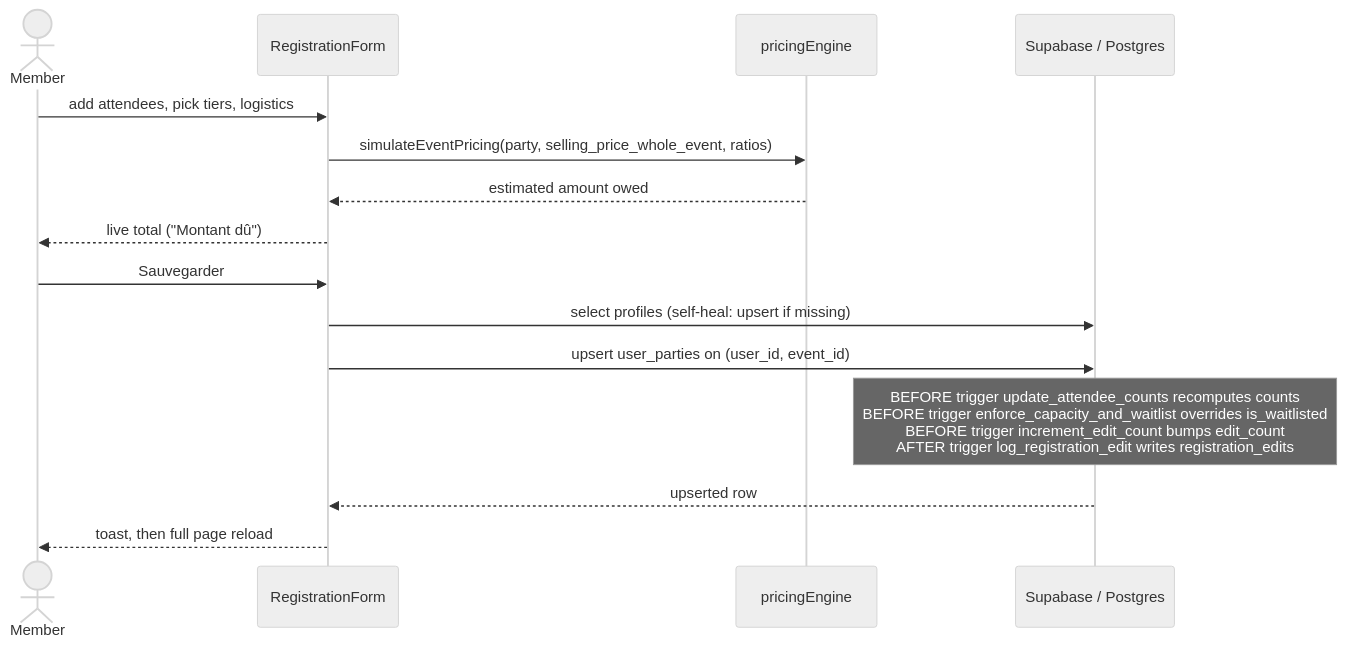
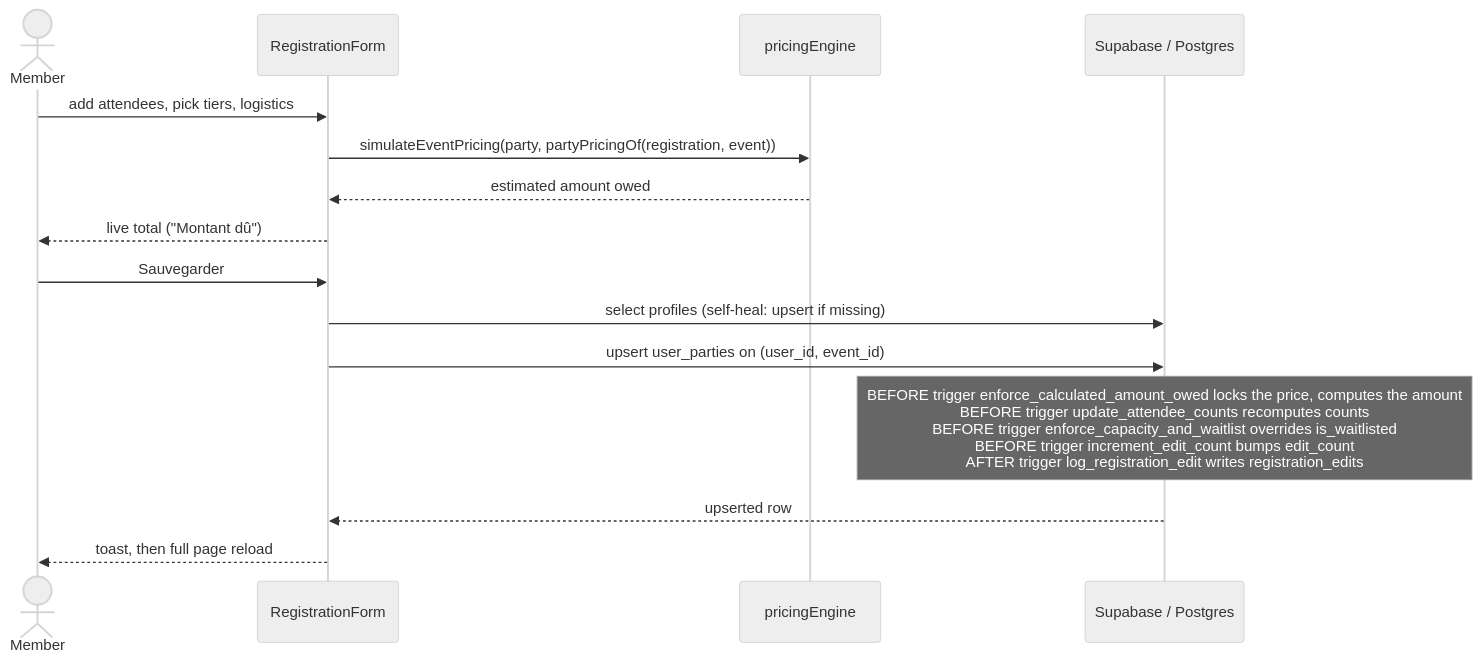
Before and after one commit to YULmix/yulmix-la-bedaine: the third of 5 diagrams in docs/02-architecture.md, drawn with Mermaid (neutral theme). The commit also changed 19 other files, not shown here.

````diff
--- a/docs/02-architecture.md
+++ b/docs/02-architecture.md
@@ -101,18 +101,18 @@
 ```mermaid
 sequenceDiagram
   actor U as Member
   participant RF as RegistrationForm
   participant PE as pricingEngine
   participant PG as Supabase / Postgres
 
   U->>RF: add attendees, pick tiers, logistics
-  RF->>PE: simulateEventPricing(party, selling_price_whole_event, ratios)
+  RF->>PE: simulateEventPricing(party, partyPricingOf(registration, event))
   PE-->>RF: estimated amount owed
   RF-->>U: live total ("Montant dû")
   U->>RF: Sauvegarder
   RF->>PG: select profiles (self-heal: upsert if missing)
   RF->>PG: upsert user_parties on (user_id, event_id)
-  Note over PG: BEFORE trigger update_attendee_counts recomputes counts<br/>BEFORE trigger enforce_capacity_and_waitlist overrides is_waitlisted<br/>BEFORE trigger increment_edit_count bumps edit_count<br/>AFTER trigger log_registration_edit writes registration_edits
+  Note over PG: BEFORE trigger enforce_calculated_amount_owed locks the price, computes the amount<br/>BEFORE trigger update_attendee_counts recomputes counts<br/>BEFORE trigger enforce_capacity_and_waitlist overrides is_waitlisted<br/>BEFORE trigger increment_edit_count bumps edit_count<br/>AFTER trigger log_registration_edit writes registration_edits
   PG-->>RF: upserted row
   RF-->>U: toast, then full page reload
 ```
````
